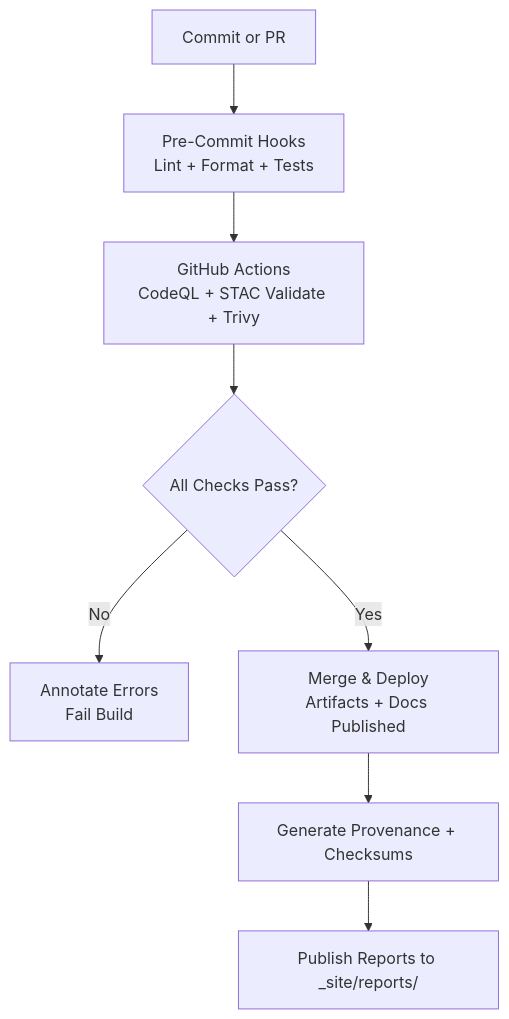
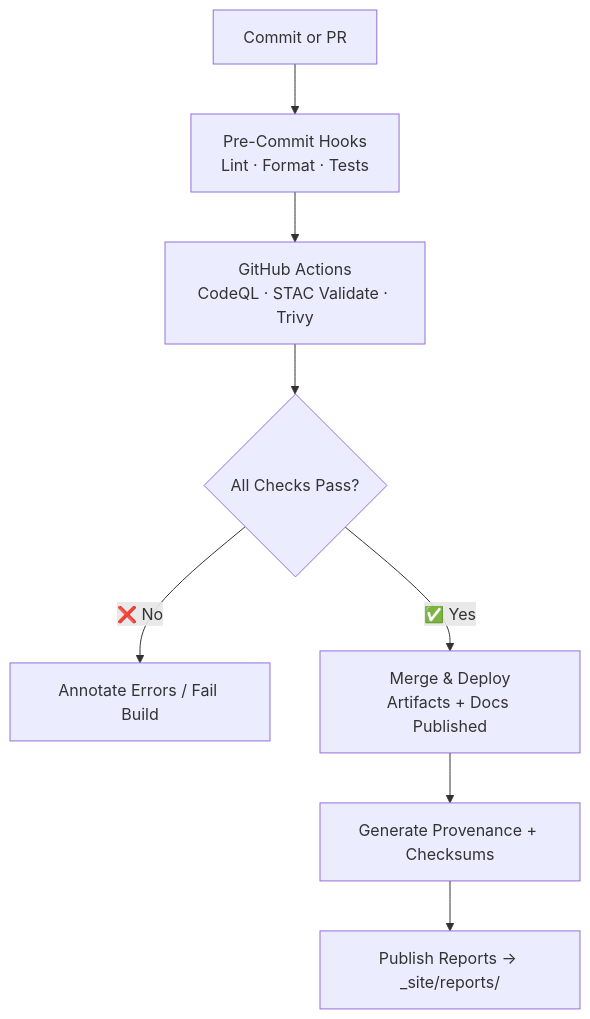
The diagram in docs/standards/README.md (bartytime4life/Kansas-Frontier-Matrix), drawn with Mermaid before and after one commit. The commit also changed other lines of this file, not shown here.

````diff
--- a/docs/standards/README.md
+++ b/docs/standards/README.md
@@ -184,10 +183,10 @@
 ```mermaid
 flowchart TD
-  A["Commit or PR"] --> B["Pre-Commit Hooks<br/>Lint + Format + Tests"]
-  B --> C["GitHub Actions<br/>CodeQL + STAC Validate + Trivy"]
+  A["Commit or PR"] --> B["Pre-Commit Hooks<br/>Lint · Format · Tests"]
+  B --> C["GitHub Actions<br/>CodeQL · STAC Validate · Trivy"]
   C --> D{"All Checks Pass?"}
-  D -- No --> E["Annotate Errors<br/>Fail Build"]
-  D -- Yes --> F["Merge & Deploy<br/>Artifacts + Docs Published"]
+  D -- ❌ No --> E["Annotate Errors / Fail Build"]
+  D -- ✅ Yes --> F["Merge & Deploy<br/>Artifacts + Docs Published"]
   F --> G["Generate Provenance + Checksums"]
-  G --> H["Publish Reports to _site/reports/"]
+  G --> H["Publish Reports → _site/reports/"]
 ```
````
